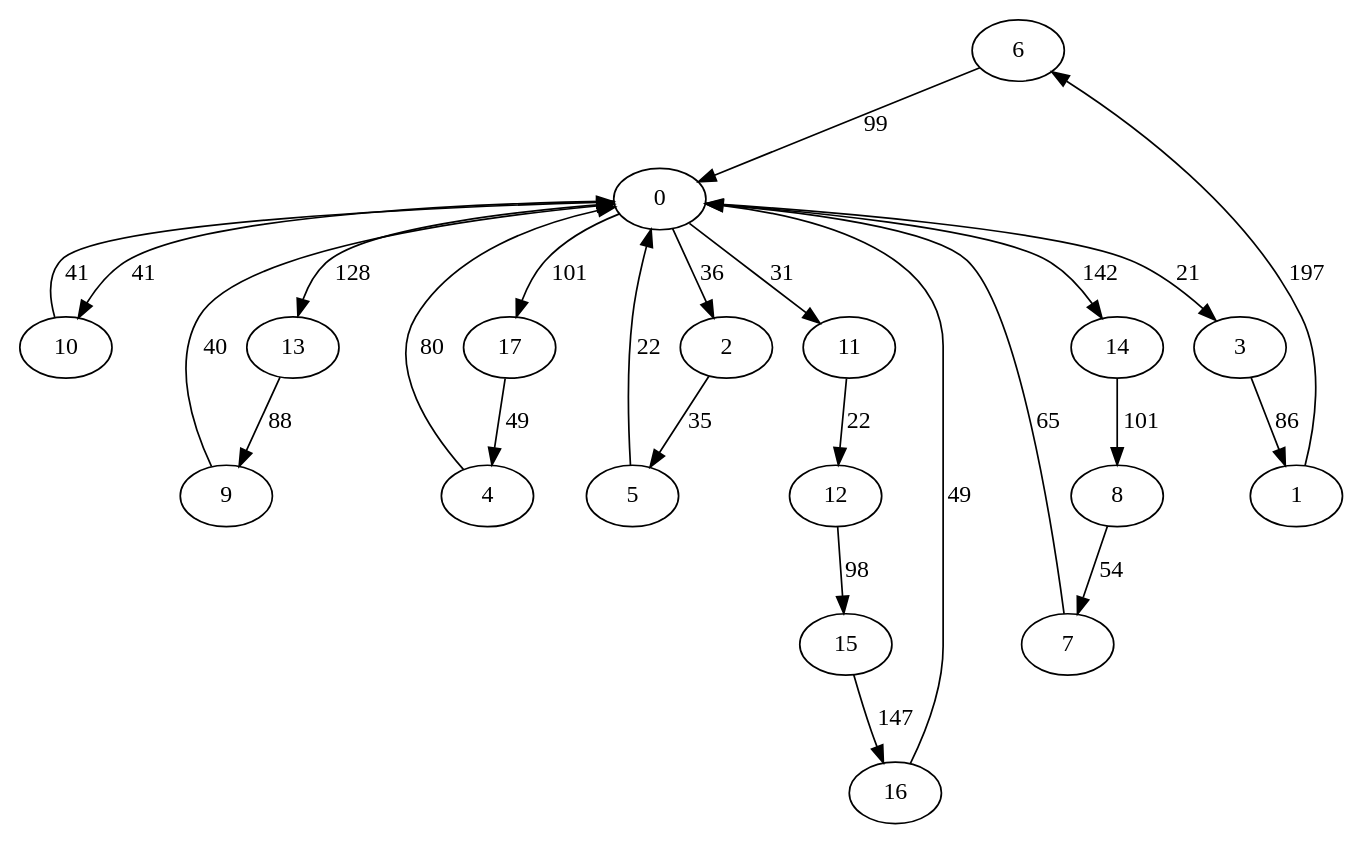
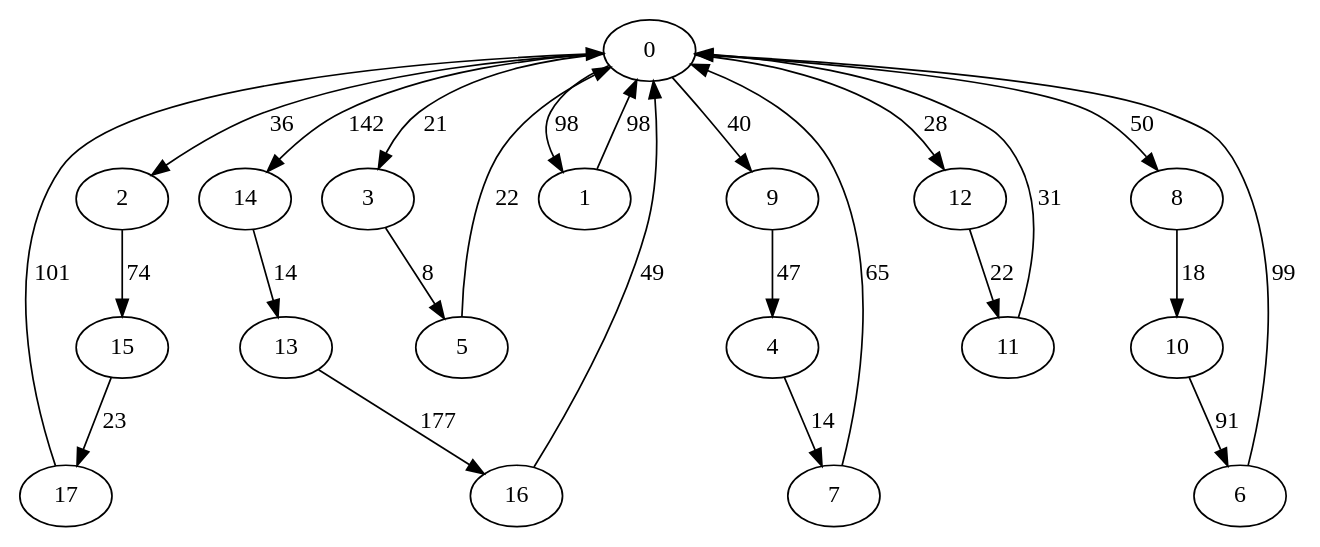
The diagram in grafos/iteration9.dot (akosej/vehicle_routing), drawn with Graphviz before and after one commit. The commit also changed 9 other files, not shown here.

```diff
--- a/grafos/iteration9.dot
+++ b/grafos/iteration9.dot
@@ -1,45 +1,45 @@
 digraph G {
+	0->3[ label=21 ];
+	0->14[ label=142 ];
+	0->9[ label=40 ];
+	0->2[ label=36 ];
+	0->8[ label=50 ];
+	0->1[ label=98 ];
+	0->12[ label=28 ];
+	14->13[ label=14 ];
+	17->0[ label=101 ];
 	6->0[ label=99 ];
-	15->16[ label=147 ];
+	5->0[ label=22 ];
 	7->0[ label=65 ];
-	13->9[ label=88 ];
-	9->0[ label=40 ];
-	0->10[ label=41 ];
-	0->2[ label=36 ];
-	0->17[ label=101 ];
-	0->3[ label=21 ];
-	0->11[ label=31 ];
-	0->14[ label=142 ];
-	0->13[ label=128 ];
-	11->12[ label=22 ];
-	2->5[ label=35 ];
-	4->0[ label=80 ];
-	12->15[ label=98 ];
-	14->8[ label=101 ];
-	5->0[ label=22 ];
-	17->4[ label=49 ];
-	3->1[ label=86 ];
-	1->6[ label=197 ];
+	15->17[ label=23 ];
+	8->10[ label=18 ];
+	11->0[ label=31 ];
 	16->0[ label=49 ];
-	8->7[ label=54 ];
-	10->0[ label=41 ];
+	2->15[ label=74 ];
+	10->6[ label=91 ];
+	12->11[ label=22 ];
+	3->5[ label=8 ];
+	13->16[ label=177 ];
+	9->4[ label=47 ];
+	4->7[ label=14 ];
+	1->0[ label=98 ];
 	0 [ label=0 ];
 	1 [ label=1 ];
 	10 [ label=10 ];
 	11 [ label=11 ];
 	12 [ label=12 ];
 	13 [ label=13 ];
 	14 [ label=14 ];
 	15 [ label=15 ];
 	16 [ label=16 ];
 	17 [ label=17 ];
 	2 [ label=2 ];
 	3 [ label=3 ];
 	4 [ label=4 ];
 	5 [ label=5 ];
 	6 [ label=6 ];
 	7 [ label=7 ];
 	8 [ label=8 ];
 	9 [ label=9 ];
 
 }
```
